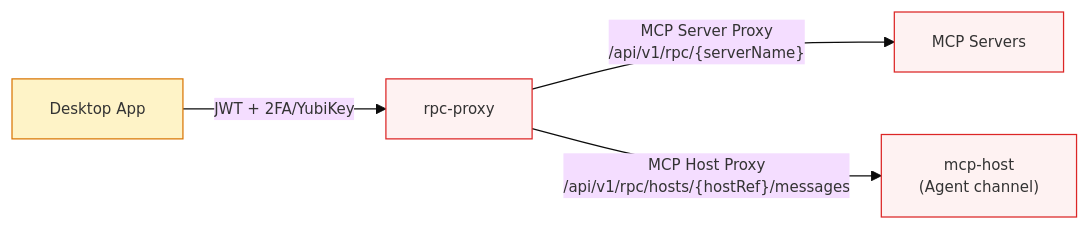
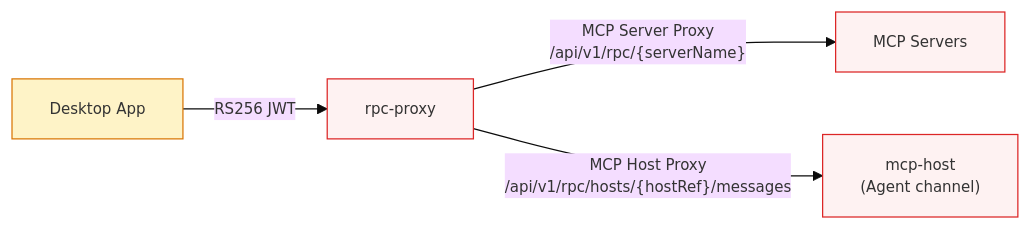
Diagram 11 of 11 in docs/architecture/platform-topology.md (evenfire-ai/evenfire), drawn with Mermaid before and after one commit. The commit also changed other lines of this file and 4 other files, not shown here.

````diff
--- a/docs/architecture/platform-topology.md
+++ b/docs/architecture/platform-topology.md
@@ -920,12 +920,12 @@
 ```mermaid
 %%{init: {'theme':'base', 'themeVariables': {'fontSize':'12px'}}}%%
 flowchart LR
-    DESK["Desktop App"] -->|"JWT + 2FA/YubiKey"| RPC["rpc-proxy"]
+    DESK["Desktop App"] -->|"RS256 JWT"| RPC["rpc-proxy"]
     RPC -->|"MCP Server Proxy<br/>/api/v1/rpc/{serverName}"| MCP["MCP Servers"]
     RPC -->|"MCP Host Proxy<br/>/api/v1/rpc/hosts/{hostRef}/messages"| MH["mcp-host<br/>(Agent channel)"]
 
     classDef deny fill:#FEF2F2,stroke:#DC2626
     classDef ext fill:#FEF3C7,stroke:#D97706
     class RPC,MCP,MH deny
     class DESK ext
 ```
````
